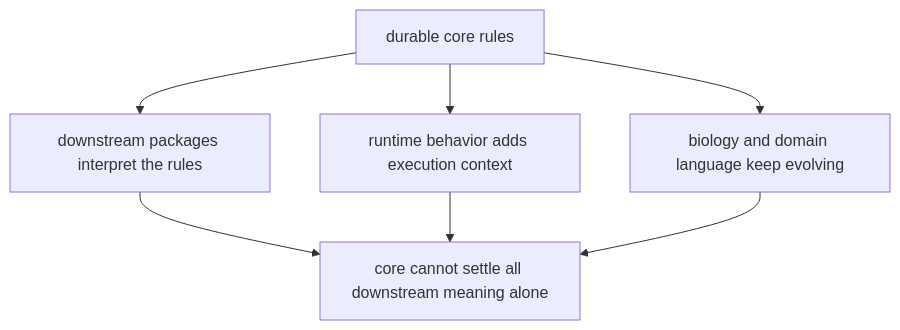
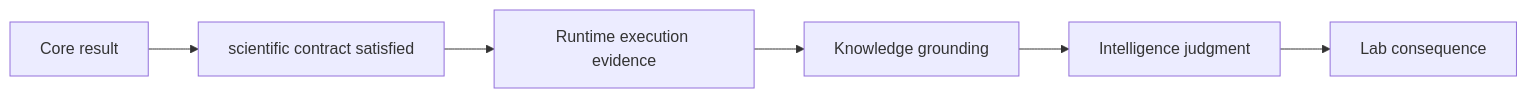
The diagram in docs/04-bijux-proteomics-core/quality/known-limitations.md (bijux/bijux-proteomics), drawn with Mermaid before and after one commit. The commit also changed other lines of this file and 2 other files, not shown here.

Commit message:
docs(core): bound scientific quality claims

````diff
--- a/docs/04-bijux-proteomics-core/quality/known-limitations.md
+++ b/docs/04-bijux-proteomics-core/quality/known-limitations.md
@@ -18,15 +32,8 @@
 ```mermaid
-flowchart TB
-    core["durable core rules"]
-    consumers["downstream packages interpret the rules"]
-    runtime["runtime behavior adds execution context"]
-    language["biology and domain language keep evolving"]
-    limit["core cannot settle all downstream meaning alone"]
-
-    core --> consumers
-    core --> runtime
-    core --> language
-    consumers --> limit
-    runtime --> limit
-    language --> limit
+flowchart LR
+    C["Core result"] --> V["scientific contract satisfied"]
+    V --> R["Runtime execution evidence"]
+    R --> K["Knowledge grounding"]
+    K --> I["Intelligence judgment"]
+    I --> L["Lab consequence"]
 ```
````
